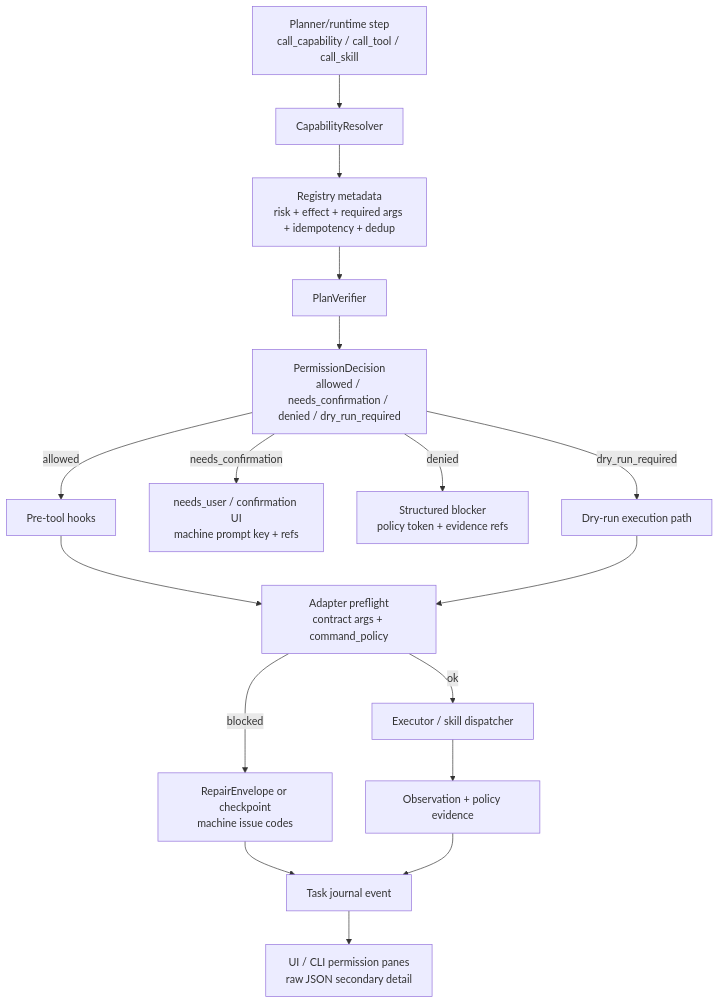
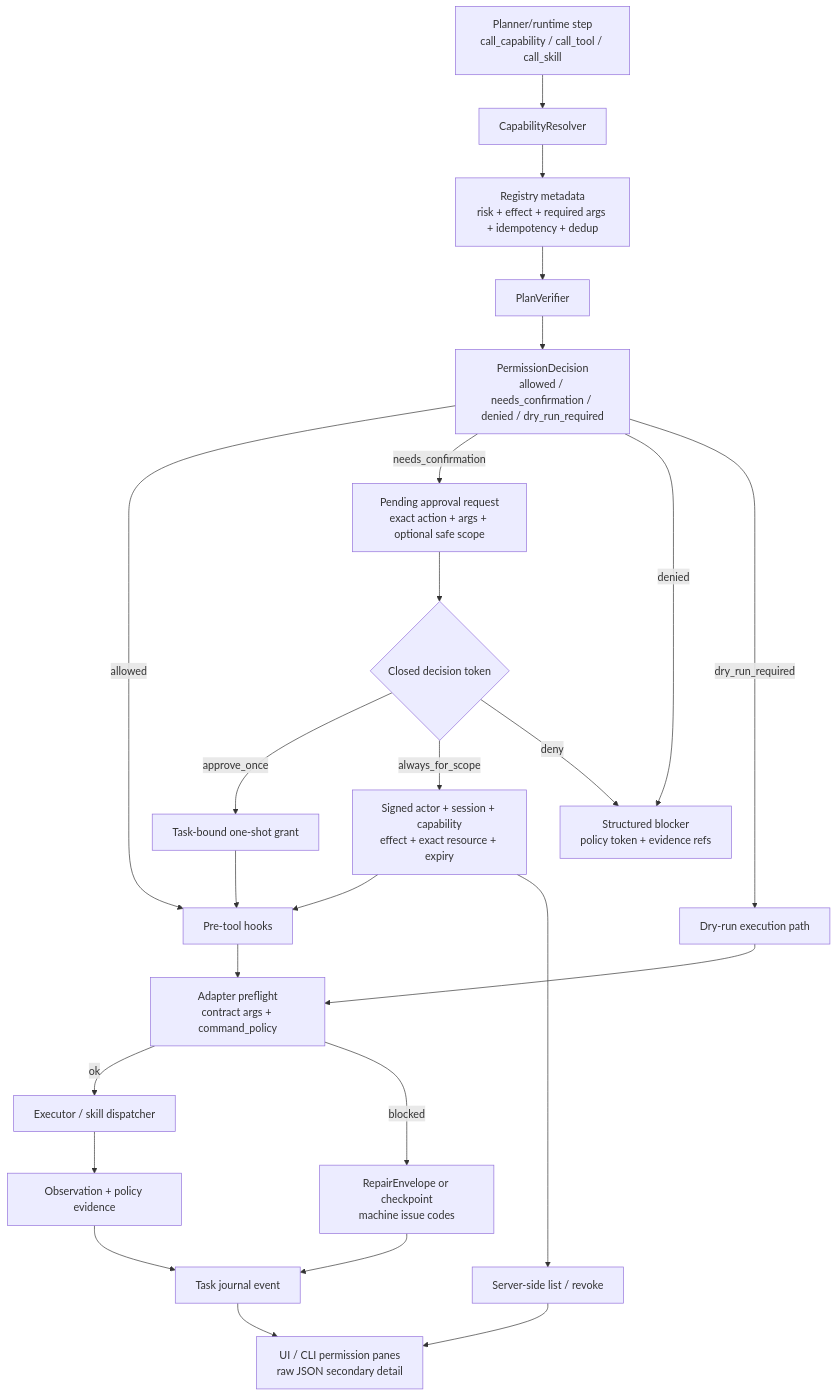
Diagram 11 of 16 in README.md (MatrixCoreX/RustClaw), drawn with Mermaid before and after one commit. The commit also changed other lines of this file and 36 other files, not shown here.

````diff
--- a/README.md
+++ b/README.md
@@ -646,19 +649,27 @@
 ```mermaid
 flowchart TD
     A[Planner/runtime step<br/>call_capability / call_tool / call_skill] --> B[CapabilityResolver]
     B --> C[Registry metadata<br/>risk + effect + required args + idempotency + dedup]
     C --> D[PlanVerifier]
     D --> E[PermissionDecision<br/>allowed / needs_confirmation / denied / dry_run_required]
     E -->|allowed| F[Pre-tool hooks]
-    E -->|needs_confirmation| G[needs_user / confirmation UI<br/>machine prompt key + refs]
+    E -->|needs_confirmation| G[Pending approval request<br/>exact action + args + optional safe scope]
     E -->|denied| H[Structured blocker<br/>policy token + evidence refs]
     E -->|dry_run_required| I[Dry-run execution path]
     F --> J[Adapter preflight<br/>contract args + command_policy]
     I --> J
     J -->|ok| K[Executor / skill dispatcher]
     J -->|blocked| L[RepairEnvelope or checkpoint<br/>machine issue codes]
     K --> M[Observation + policy evidence]
     L --> N[Task journal event]
     M --> N
+    G --> GA{Closed decision token}
+    GA -->|approve_once| GB[Task-bound one-shot grant]
+    GA -->|always_for_scope| GC[Signed actor + session + capability<br/>effect + exact resource + expiry]
+    GA -->|deny| H
+    GB --> F
+    GC --> F
+    GC --> GD[Server-side list / revoke]
     N --> O[UI / CLI permission panes<br/>raw JSON secondary detail]
+    GD --> O
 ```
````
